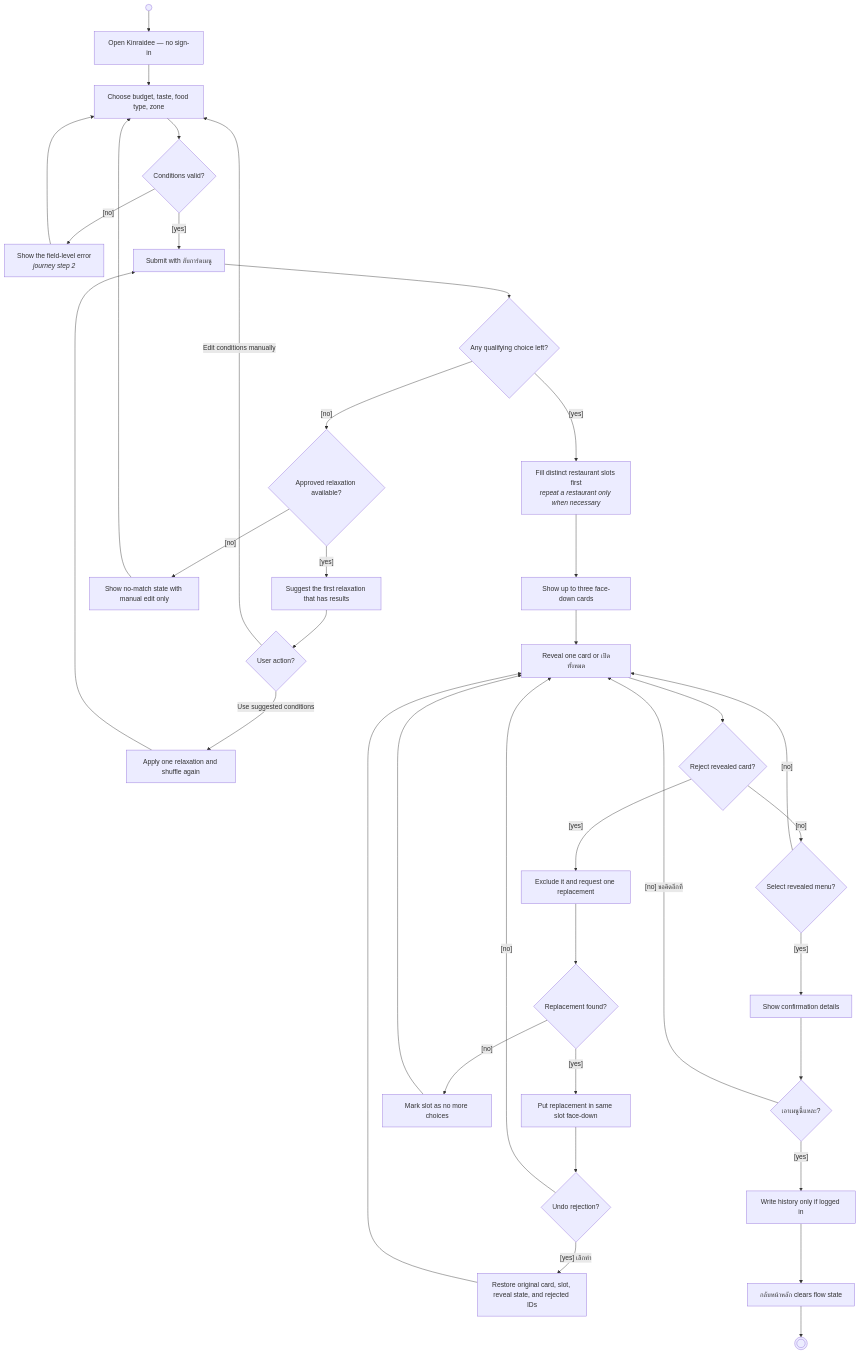
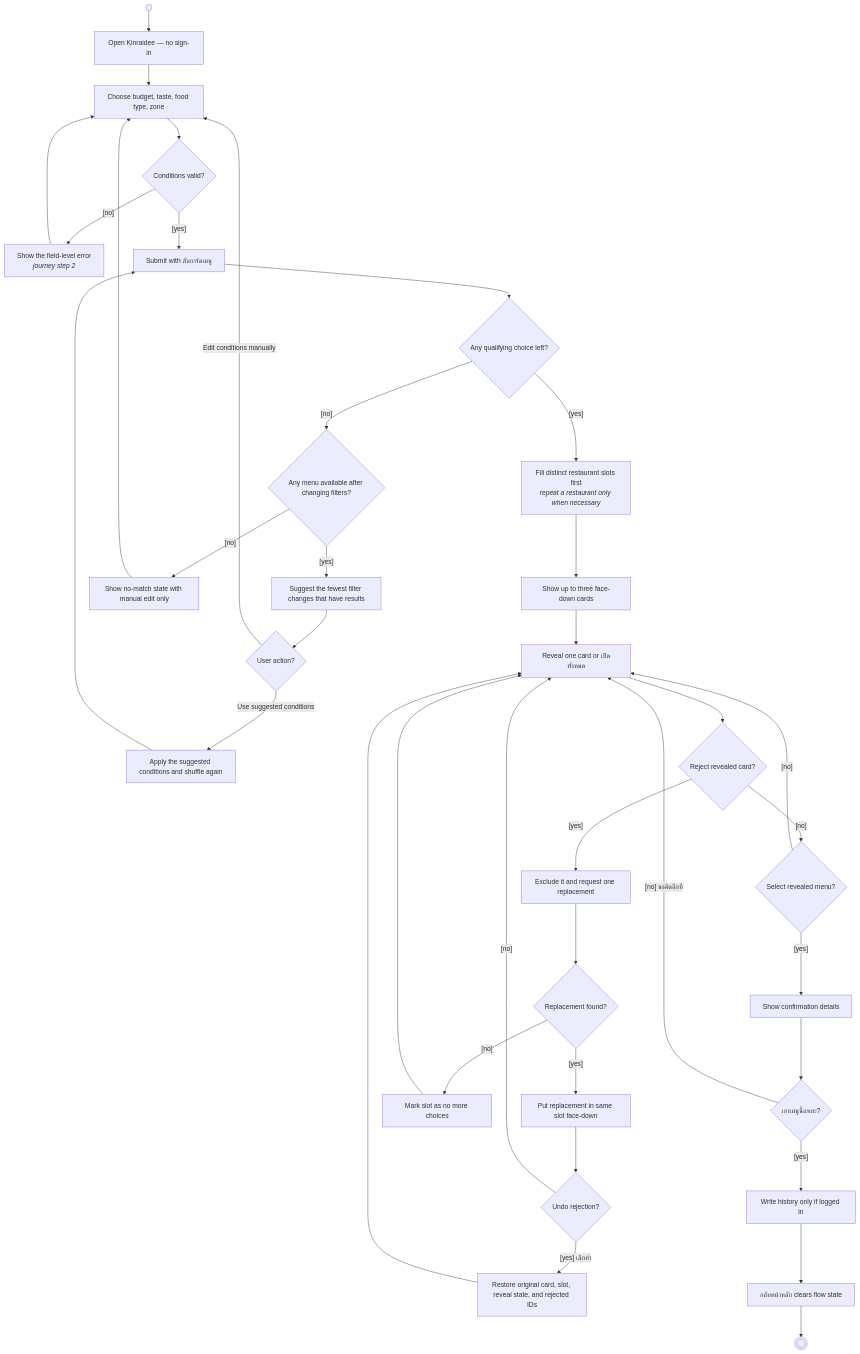
One commit to bear0420-47/Kinraidee changed the third of 3 diagrams in docs/02-design/diagrams.md. Above: the diagram before and after it, drawn with Mermaid. The commit also changed 29 other files, not shown here.

First line of the commit message:
feat(app): guarantee a no-match filter suggestion in recommendations

````diff
--- a/docs/02-design/diagrams.md
+++ b/docs/02-design/diagrams.md
@@ -124,41 +124,41 @@
 ```mermaid
 flowchart TD
   start((" ")) --> s1["Open Kinraidee — no sign-in"]
   s1 --> s2["Choose budget, taste, food type, zone"]
   s2 --> v{"Conditions valid?"}
   v -->|"[no]"| e1["Show the field-level error<br/><i>journey step 2</i>"]
   e1 --> s2
   v -->|"[yes]"| cta["Submit with สับการ์ดเมนู"]
   cta --> q{"Any qualifying choice left?"}
 
-  q -->|"[no]"| relax{"Approved relaxation available?"}
-  relax -->|"[yes]"| none["Suggest the first relaxation that has results"]
+  q -->|"[no]"| relax{"Any menu available after changing filters?"}
+  relax -->|"[yes]"| none["Suggest the fewest filter changes that have results"]
   none --> noMatchAction{"User action?"}
-  noMatchAction -->|"Use suggested conditions"| useRelax["Apply one relaxation and shuffle again"]
+  noMatchAction -->|"Use suggested conditions"| useRelax["Apply the suggested conditions and shuffle again"]
   useRelax --> cta
   noMatchAction -->|"Edit conditions manually"| s2
   relax -->|"[no]"| manual["Show no-match state with manual edit only"]
   manual --> s2
 
   q -->|"[yes]"| diversify["Fill distinct restaurant slots first<br/><i>repeat a restaurant only when necessary</i>"]
   diversify --> s3["Show up to three face-down cards"]
   s3 --> reveal["Reveal one card or เปิดทั้งหมด"]
   reveal --> d{"Reject revealed card?"}
   d -->|"[yes]"| s4["Exclude it and request one replacement"]
   s4 --> replacement{"Replacement found?"}
   replacement -->|"[yes]"| slot["Put replacement in same slot face-down"]
   slot --> undo{"Undo rejection?"}
   undo -->|"[yes] เลิกทำ"| restore["Restore original card, slot, reveal state, and rejected IDs"]
   restore --> reveal
   undo -->|"[no]"| reveal
   replacement -->|"[no]"| emptySlot["Mark slot as no more choices"]
   emptySlot --> reveal
   d -->|"[no]"| pick{"Select revealed menu?"}
   pick -->|"[no]"| reveal
   pick -->|"[yes]"| conf["Show confirmation details"]
   conf --> final{"เอาเมนูนี้แหละ?"}
   final -->|"[no] ขอคิดอีกที"| reveal
   final -->|"[yes]"| history["Write history only if logged in"]
   history --> home["กลับหน้าหลัก clears flow state"]
   home --> done(((" ")))
 ```
````
